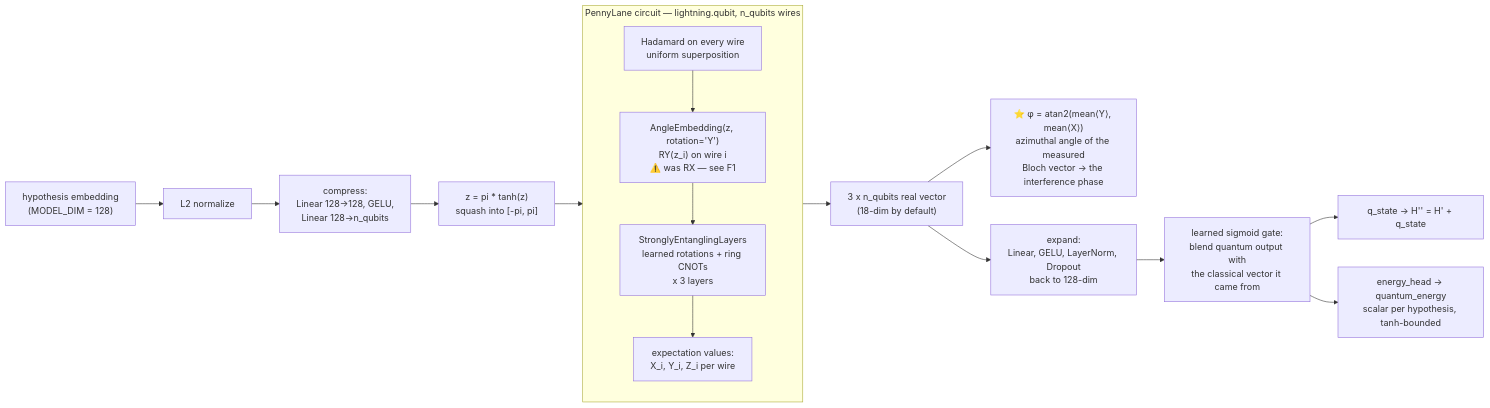
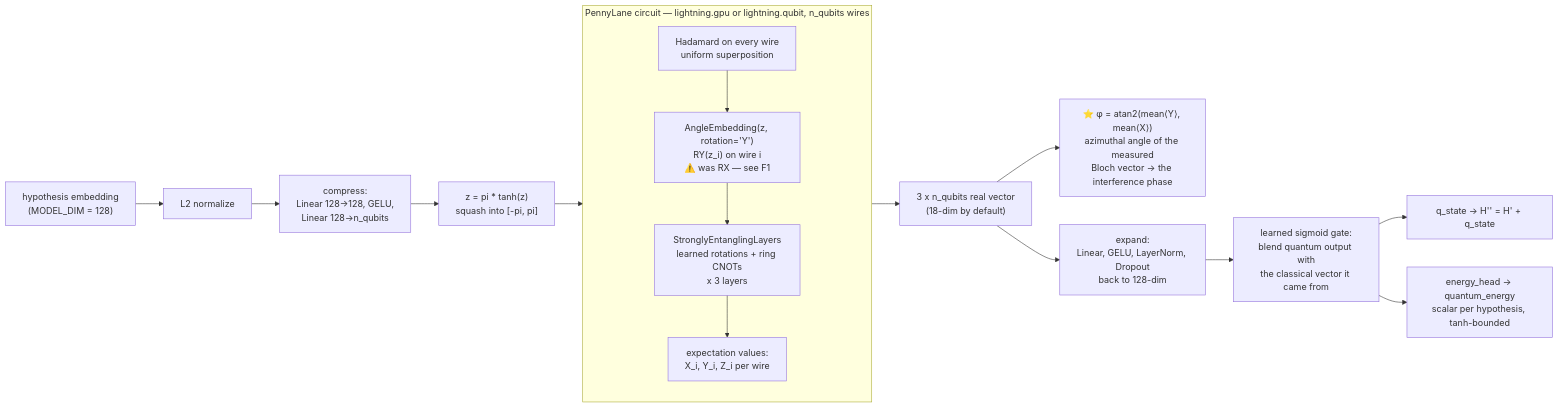
Before and after one commit to Thorfast191/qAIR-CSE499B: the fourth of 7 diagrams in README.md, drawn with Mermaid. The commit also changed other lines of this file and 7 other files, not shown here.

````diff
--- a/README.md
+++ b/README.md
@@ -408,21 +410,21 @@
 ```mermaid
 flowchart LR
     H["hypothesis embedding<br/>(MODEL_DIM = 128)"] --> N["L2 normalize"]
     N --> C["compress:<br/>Linear 128→128, GELU,<br/>Linear 128→n_qubits"]
     C --> S["z = pi * tanh(z)<br/>squash into [-pi, pi]"]
     S --> CIRC
 
-    subgraph CIRC["PennyLane circuit — lightning.qubit, n_qubits wires"]
+    subgraph CIRC["PennyLane circuit — lightning.gpu or lightning.qubit, n_qubits wires"]
         direction TB
         HAD["Hadamard on every wire<br/>uniform superposition"] --> EMB["AngleEmbedding(z, rotation='Y')<br/>RY(z_i) on wire i<br/>⚠️ was RX — see F1"]
         EMB --> ENT["StronglyEntanglingLayers<br/>learned rotations + ring CNOTs<br/>x 3 layers"]
         ENT --> MEAS["expectation values:<br/>X_i, Y_i, Z_i per wire"]
     end
 
     CIRC --> V["3 x n_qubits real vector<br/>(18-dim by default)"]
     V --> PHASE["⭐ φ = atan2(mean⟨Y⟩, mean⟨X⟩)<br/>azimuthal angle of the measured<br/>Bloch vector → the interference phase"]
     V --> EX["expand:<br/>Linear, GELU, LayerNorm, Dropout<br/>back to 128-dim"]
     EX --> GATE["learned sigmoid gate:<br/>blend quantum output with<br/>the classical vector it came from"]
     GATE --> QSTATE["q_state → H'' = H' + q_state"]
     GATE --> EHEAD["energy_head → quantum_energy<br/>scalar per hypothesis, tanh-bounded"]
 ```
````
